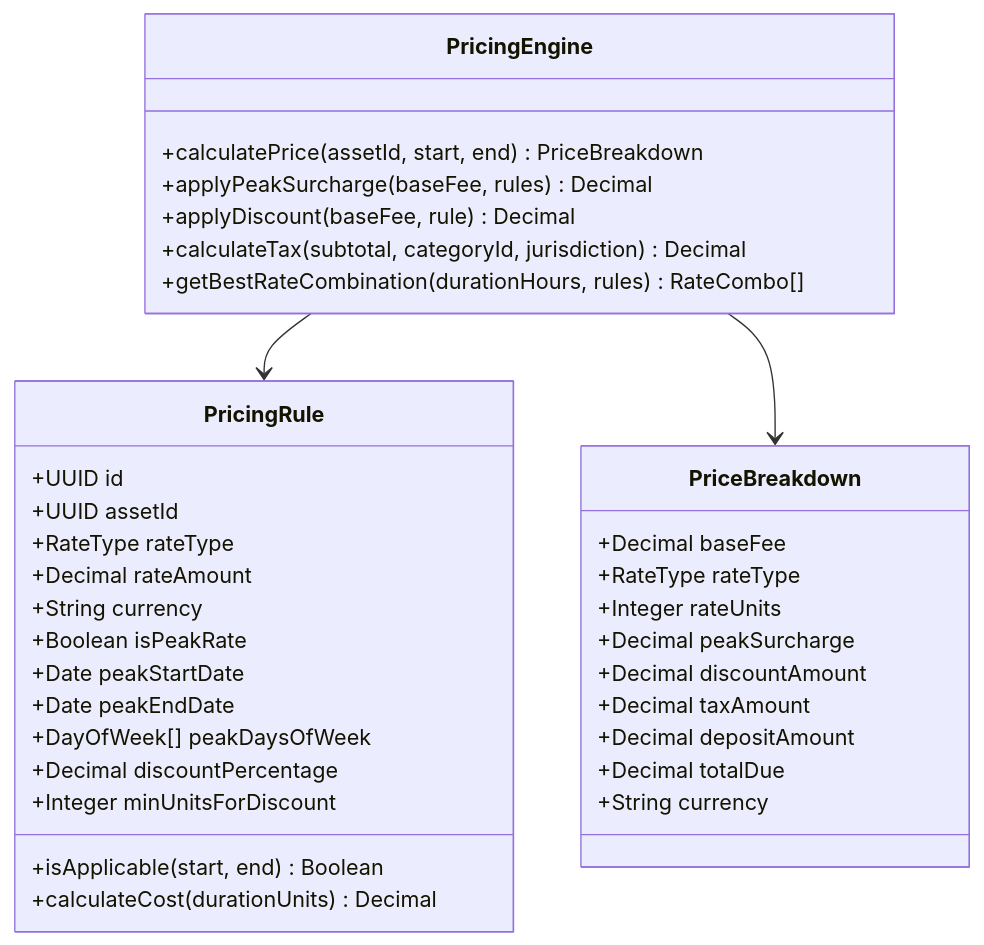
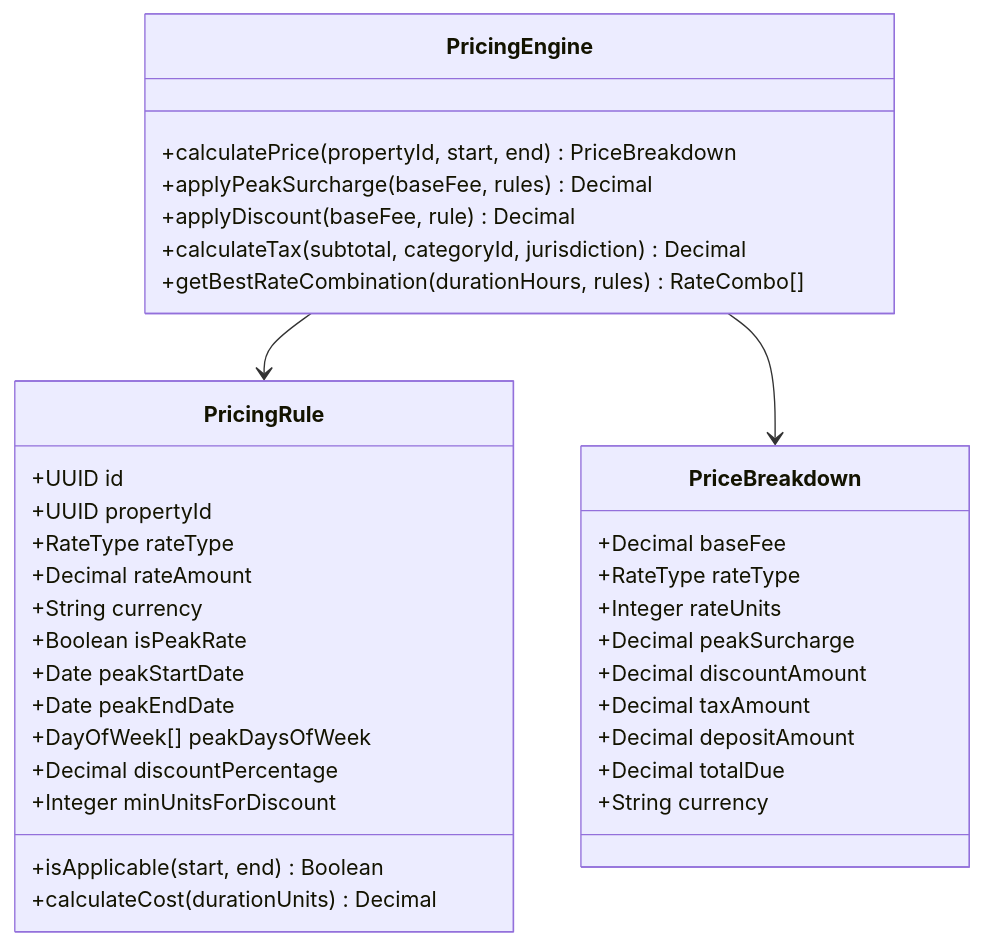
The third of 8 diagrams in docs/detailed-design/class-diagrams.md (0Ankit0/meroghar), drawn with Mermaid before and after one commit. The commit also changed other lines of this file and 13 other files, not shown here.

````diff
--- a/docs/detailed-design/class-diagrams.md
+++ b/docs/detailed-design/class-diagrams.md
@@ -151,41 +151,41 @@
 ```mermaid
 classDiagram
     class PricingRule {
         +UUID id
-        +UUID assetId
+        +UUID propertyId
         +RateType rateType
         +Decimal rateAmount
         +String currency
         +Boolean isPeakRate
         +Date peakStartDate
         +Date peakEndDate
         +DayOfWeek[] peakDaysOfWeek
         +Decimal discountPercentage
         +Integer minUnitsForDiscount
         +isApplicable(start, end) Boolean
         +calculateCost(durationUnits) Decimal
     }
 
     class PricingEngine {
-        +calculatePrice(assetId, start, end) PriceBreakdown
+        +calculatePrice(propertyId, start, end) PriceBreakdown
         +applyPeakSurcharge(baseFee, rules) Decimal
         +applyDiscount(baseFee, rule) Decimal
         +calculateTax(subtotal, categoryId, jurisdiction) Decimal
         +getBestRateCombination(durationHours, rules) RateCombo[]
     }
 
     class PriceBreakdown {
         +Decimal baseFee
         +RateType rateType
         +Integer rateUnits
         +Decimal peakSurcharge
         +Decimal discountAmount
         +Decimal taxAmount
         +Decimal depositAmount
         +Decimal totalDue
         +String currency
     }
 
     PricingEngine --> PricingRule
     PricingEngine --> PriceBreakdown
 ```
````
